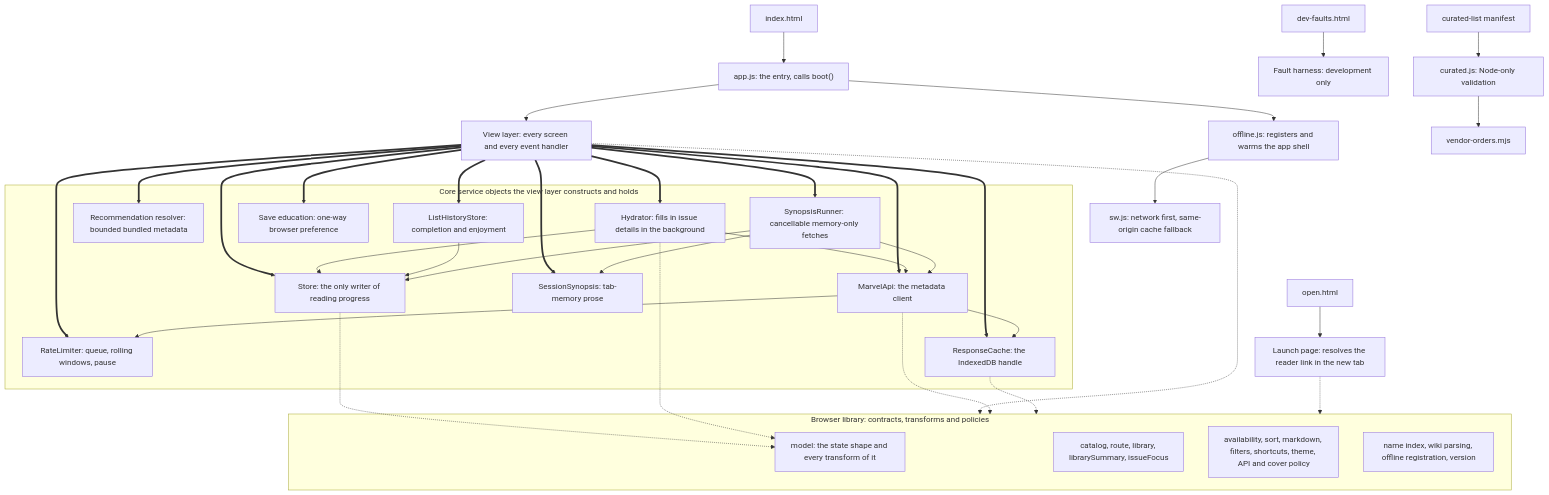
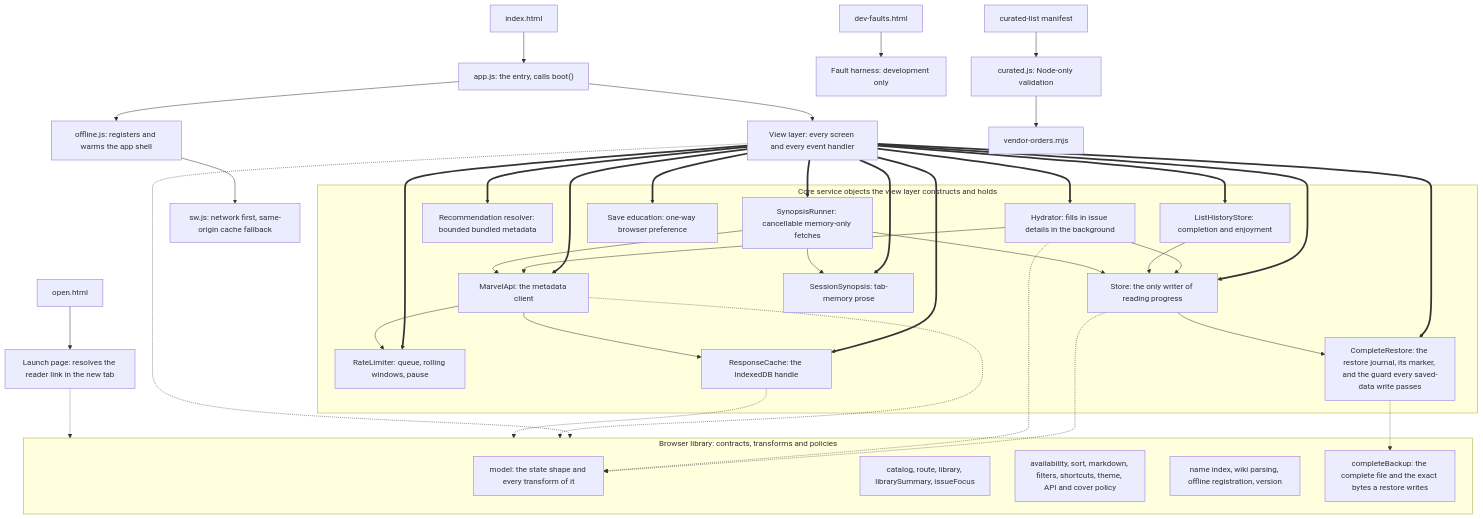
Before and after one commit to raymond-nassar/recap-page: the first of 6 diagrams in docs/ARCHITECTURE.md, drawn with Mermaid. The commit also changed other lines of this file and 5 other files, not shown here.

````diff
--- a/docs/ARCHITECTURE.md
+++ b/docs/ARCHITECTURE.md
@@ -27,59 +27,64 @@
 ```mermaid
 flowchart TD
   idx["index.html"] --> app["app.js: the entry, calls boot()"]
   app --> view["View layer: every screen and every event handler"]
   app --> offline["offline.js: registers and warms the app shell"]
   offline --> worker["sw.js: network first, same-origin cache fallback"]
   opn["open.html"] --> launch["Launch page: resolves the reader link in the new tab"]
   dev["dev-faults.html"] --> harness["Fault harness: development only"]
 
   subgraph owned["Core service objects the view layer constructs and holds"]
     store["Store: the only writer of reading progress"]
     history["ListHistoryStore: completion and enjoyment"]
     recommendations["Recommendation resolver: bounded bundled metadata"]
     limiter["RateLimiter: queue, rolling windows, pause"]
     cache["ResponseCache: the IndexedDB handle"]
     api["MarvelApi: the metadata client"]
     hydrator["Hydrator: fills in issue details in the background"]
     education["Save education: one-way browser preference"]
     synopses["SessionSynopsis: tab-memory prose"]
     synopsisRunner["SynopsisRunner: cancellable memory-only fetches"]
+    restore["CompleteRestore: the restore journal, its marker, and the guard every saved-data write passes"]
   end
 
   view ==> store
   view ==> history
   view ==> recommendations
   view ==> limiter
   view ==> cache
   view ==> api
   view ==> hydrator
   view ==> education
   view ==> synopses
   view ==> synopsisRunner
+  view ==> restore
 
   api --> limiter
   api --> cache
   hydrator --> api
   hydrator --> store
   history --> store
+  store --> restore
   synopsisRunner --> api
   synopsisRunner --> store
   synopsisRunner --> synopses
 
   subgraph lib["Browser library: contracts, transforms and policies"]
     model["model: the state shape and every transform of it"]
     discovery["catalog, route, library, librarySummary, issueFocus"]
     policy["availability, sort, markdown, filters, shortcuts, theme, API and cover policy"]
     integrations["name index, wiki parsing, offline registration, version"]
+    backup["completeBackup: the complete file and the exact bytes a restore writes"]
   end
 
   view -.-> lib
   store -.-> model
   hydrator -.-> model
+  restore -.-> backup
   api -.-> lib
   cache -.-> lib
   launch -.-> lib
 
   manifest["curated-list manifest"] --> curated["curated.js: Node-only validation"]
   curated --> vendor["vendor-orders.mjs"]
 ```
````
